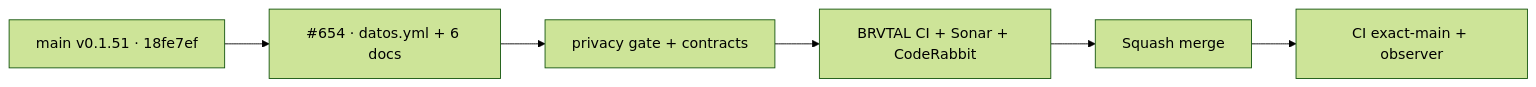
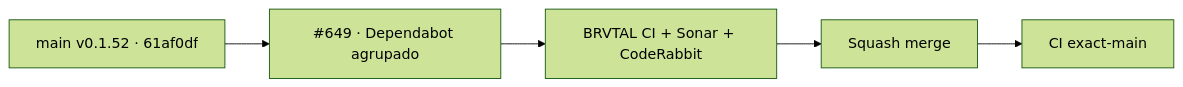
The diagram in README.md (pl0n3r/brvtal), drawn with Mermaid (forest theme) before and after one commit. The commit also changed other lines of this file and 1 other file, not shown here.

First line of the commit message:
infra: grouped Dependabot for dependencies and actions (#656)

````diff
--- a/README.md
+++ b/README.md
@@ -48,7 +49,6 @@
 ```mermaid
 flowchart LR
-  B["main v0.1.51 · 18fe7ef"] --> P["#654 · datos.yml + 6 docs"]
-  P --> G["privacy gate + contracts"]
-  G --> C["BRVTAL CI + Sonar + CodeRabbit"]
-  C --> M["Squash merge"] --> V["CI exact-main + observer"]
+  B["main v0.1.52 · 61af0df"] --> P["#649 · Dependabot agrupado"]
+  P --> C["BRVTAL CI + Sonar + CodeRabbit"]
+  C --> M["Squash merge"] --> V["CI exact-main"]
 ```
````
